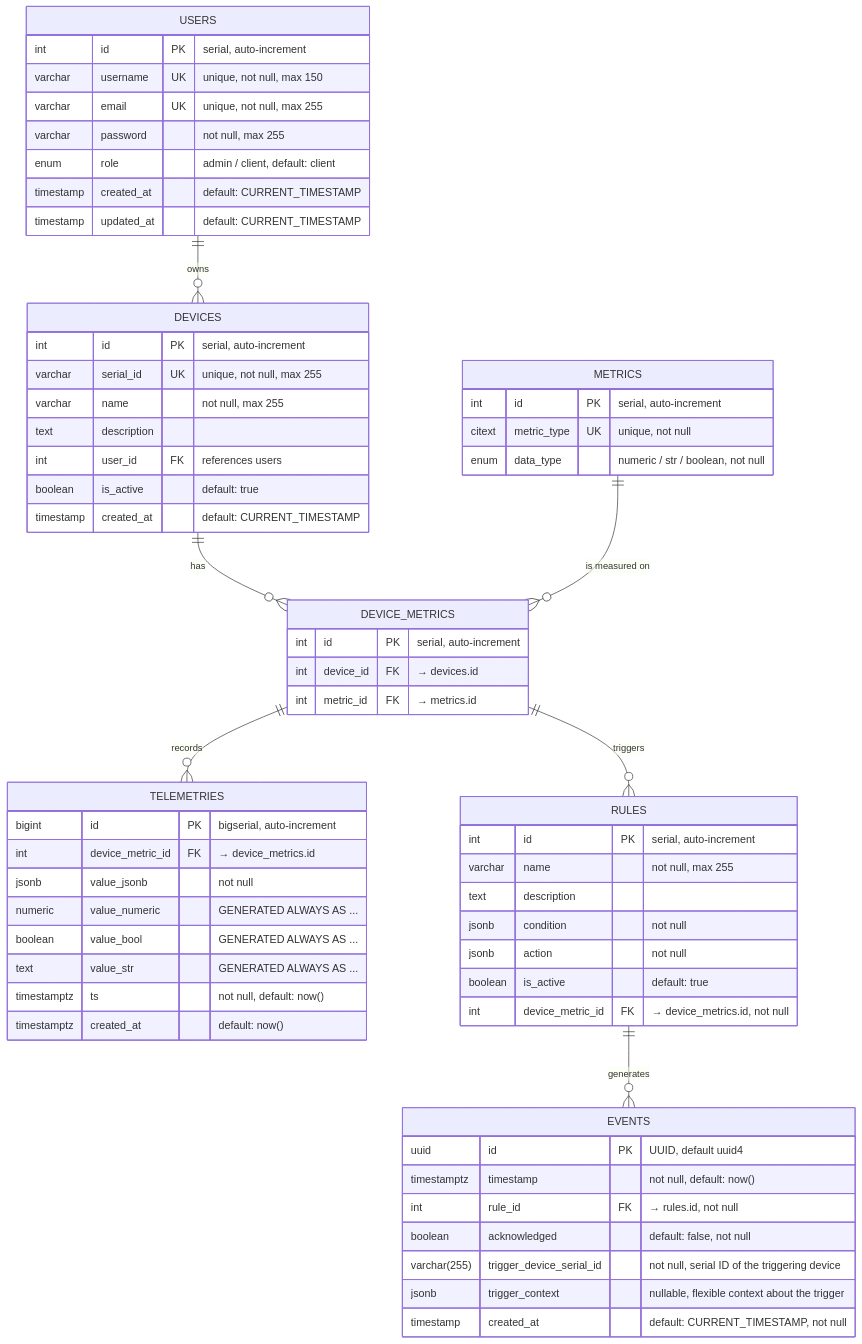
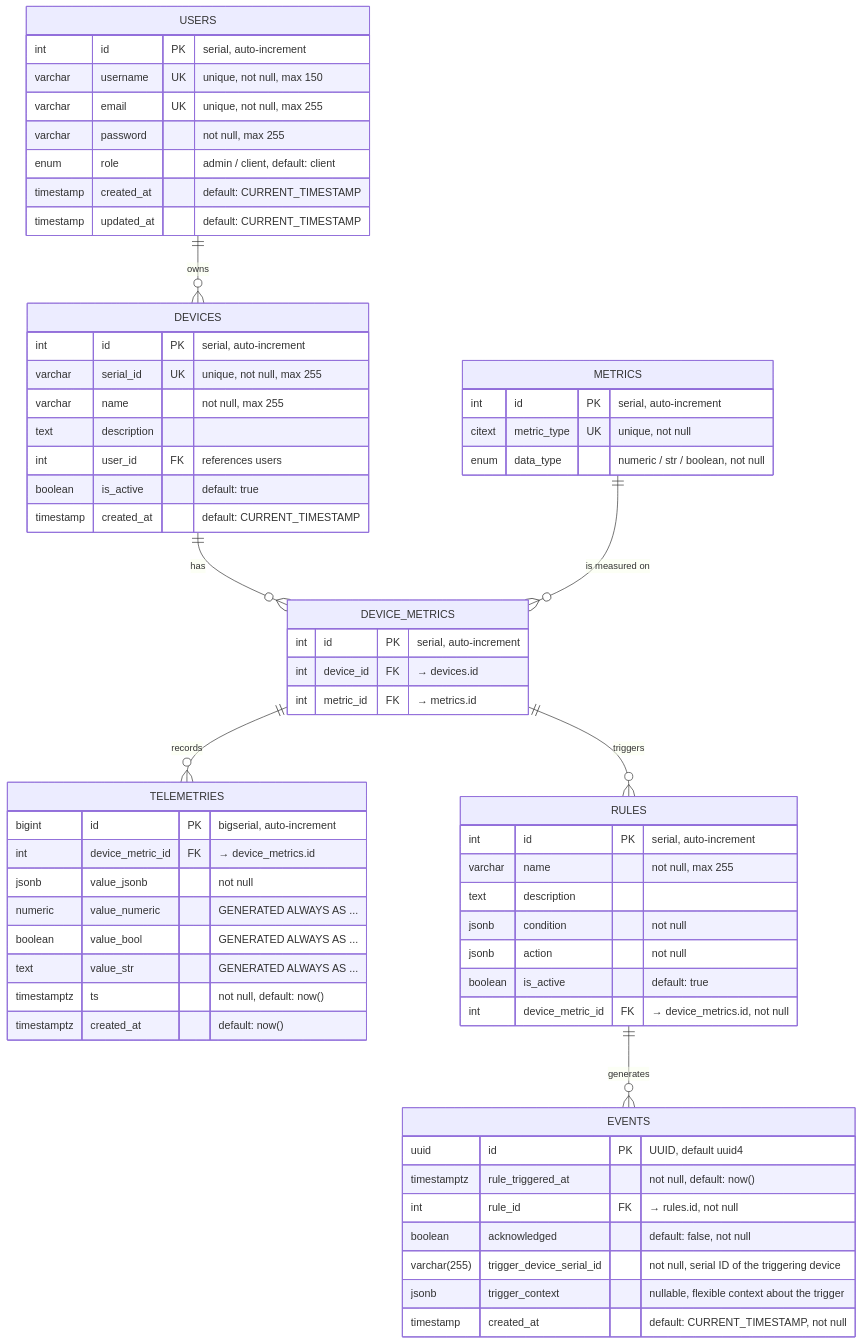
One commit to Project-Stage-Academy/IoT-Hub-bravo changed the diagram in docs/schema.md. Above: the diagram before and after it, drawn with Mermaid. The commit also changed other lines of this file and 26 other files, not shown here.

````diff
--- a/docs/schema.md
+++ b/docs/schema.md
@@ -14,72 +14,72 @@
 ```mermaid
 erDiagram
     USERS ||--o{ DEVICES          : "owns"
     DEVICES ||--o{ DEVICE_METRICS : "has"
     METRICS ||--o{ DEVICE_METRICS : "is measured on"
     DEVICE_METRICS ||--o{ TELEMETRIES     : "records"
     DEVICE_METRICS ||--o{ RULES           : "triggers"
     RULES          ||--o{ EVENTS          : "generates"
 
     USERS {
         int      id          PK "serial, auto-increment"
         varchar  username    UK "unique, not null, max 150"
         varchar  email       UK "unique, not null, max 255"
         varchar  password    "not null, max 255"
         enum     role        "admin / client, default: client"
         timestamp created_at "default: CURRENT_TIMESTAMP"
         timestamp updated_at "default: CURRENT_TIMESTAMP"
     }
 
     DEVICES {
         int      id          PK "serial, auto-increment"
         varchar  serial_id   UK "unique, not null, max 255"
         varchar  name        "not null, max 255"
         text     description
         int      user_id     FK "references users"
         boolean  is_active   "default: true"
         timestamp created_at "default: CURRENT_TIMESTAMP"
     }
 
     METRICS {
         int    id         PK "serial, auto-increment"
         citext metric_type UK "unique, not null"
         enum   data_type   "numeric / str / boolean, not null"
     }
 
     DEVICE_METRICS {
         int id          PK "serial, auto-increment"
         int device_id   FK "→ devices.id"
         int metric_id   FK "→ metrics.id"
     }
 
     TELEMETRIES {
         bigint      id               PK "bigserial, auto-increment"
         int         device_metric_id FK "→ device_metrics.id"
         jsonb       value_jsonb      "not null"
         numeric     value_numeric    "GENERATED ALWAYS AS ..."
         boolean     value_bool       "GENERATED ALWAYS AS ..."
         text        value_str        "GENERATED ALWAYS AS ..."
         timestamptz ts               "not null, default: now()"
         timestamptz created_at       "default: now()"
     }
 
     RULES {
         int     id                PK "serial, auto-increment"
         varchar name              "not null, max 255"
         text    description
         jsonb   condition         "not null"
         jsonb   action            "not null"
         boolean is_active         "default: true"
         int     device_metric_id  FK "→ device_metrics.id, not null"
     }
 
     EVENTS {
       uuid         id                         PK "UUID, default uuid4"
-      timestamptz  timestamp                  "not null, default: now()"
+      timestamptz  rule_triggered_at          "not null, default: now()"
       int          rule_id                    FK "→ rules.id, not null"
       boolean      acknowledged               "default: false, not null"
       varchar(255) trigger_device_serial_id   "not null, serial ID of the triggering device"
       jsonb        trigger_context            "nullable, flexible context about the trigger"
       timestamp    created_at                 "default: CURRENT_TIMESTAMP, not null"
     }
 ```
````
